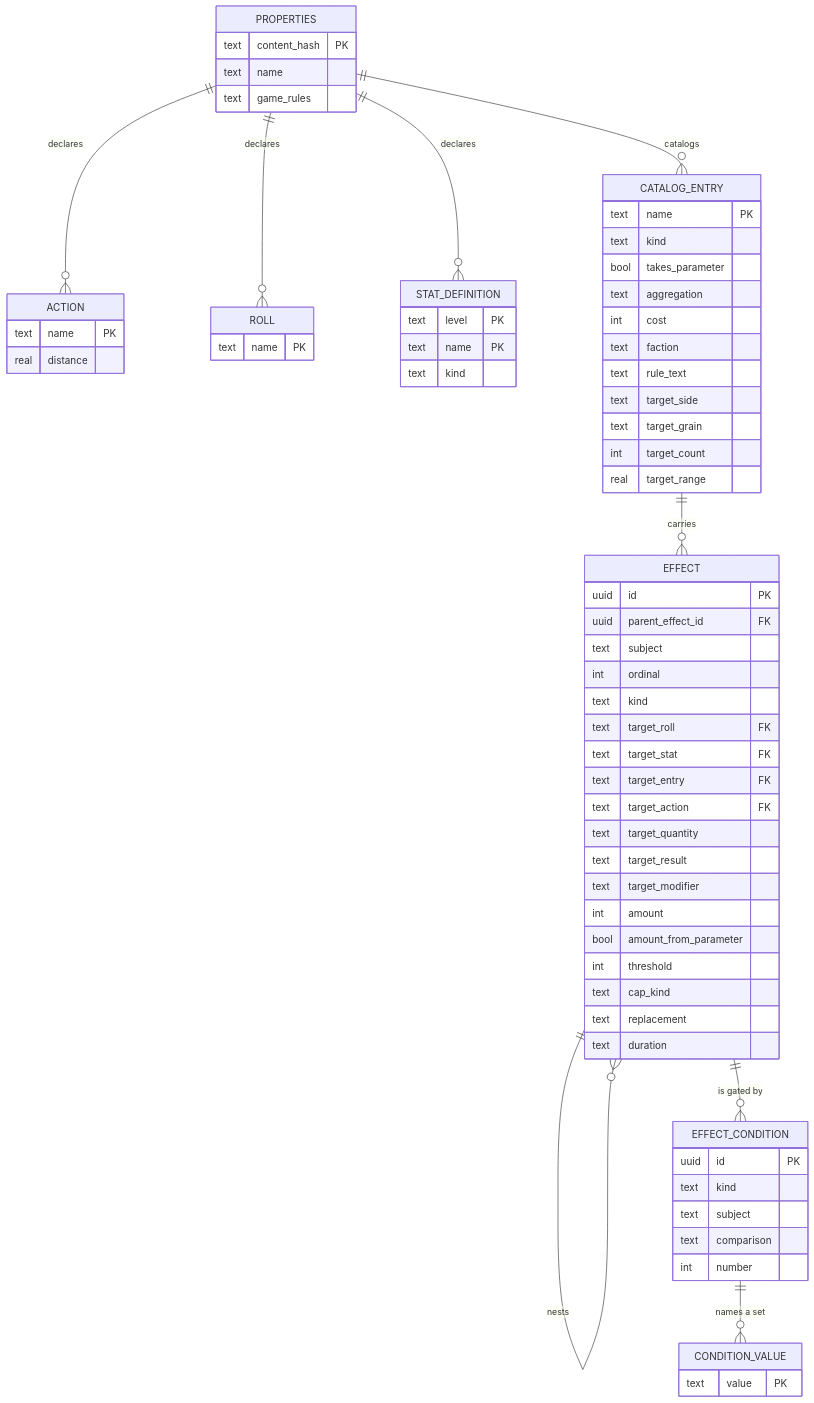
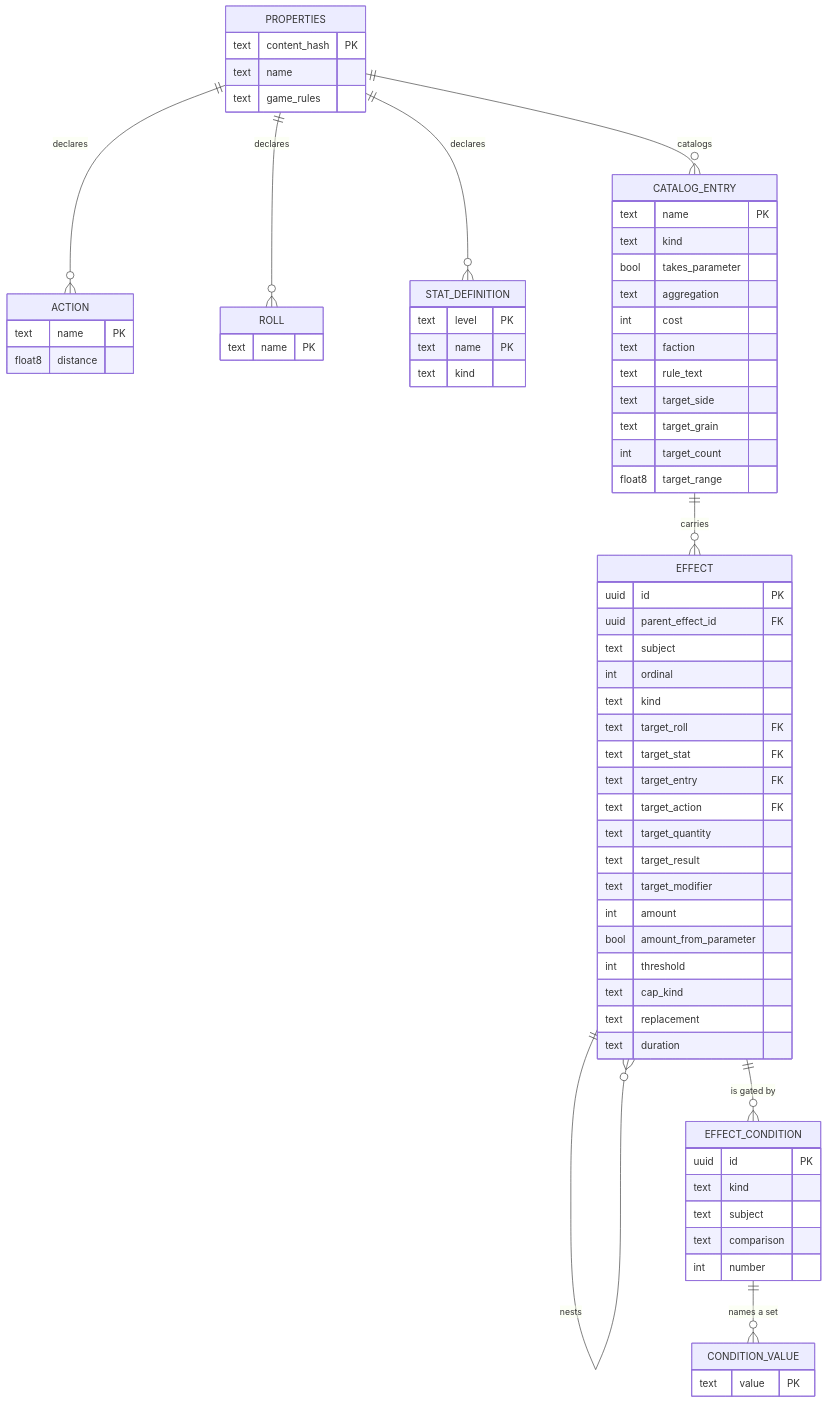
Before and after one commit to cstupi/tabletop: the second of 11 diagrams in docs/design/interpreter/design.md, drawn with Mermaid. The commit also changed 13 other files, not shown here.

Commit message:
Rule on the schema before step 2: shape column, double precision, FK indexes, search path

````diff
--- a/docs/design/interpreter/design.md
+++ b/docs/design/interpreter/design.md
@@ -152,71 +152,71 @@
 ```mermaid
 erDiagram
     PROPERTIES ||--o{ ACTION : declares
     PROPERTIES ||--o{ ROLL : declares
     PROPERTIES ||--o{ STAT_DEFINITION : declares
     PROPERTIES ||--o{ CATALOG_ENTRY : catalogs
     CATALOG_ENTRY ||--o{ EFFECT : carries
     EFFECT ||--o{ EFFECT : nests
     EFFECT ||--o{ EFFECT_CONDITION : "is gated by"
     EFFECT_CONDITION ||--o{ CONDITION_VALUE : "names a set"
     PROPERTIES {
         text content_hash PK
         text name
         text game_rules
     }
     ACTION {
         text name PK
-        real distance
+        float8 distance
     }
     ROLL {
         text name PK
     }
     STAT_DEFINITION {
         text level PK
         text name PK
         text kind
     }
     CATALOG_ENTRY {
         text name PK
         text kind
         bool takes_parameter
         text aggregation
         int cost
         text faction
         text rule_text
         text target_side
         text target_grain
         int target_count
-        real target_range
+        float8 target_range
     }
     EFFECT {
         uuid id PK
         uuid parent_effect_id FK
         text subject
         int ordinal
         text kind
         text target_roll FK
         text target_stat FK
         text target_entry FK
         text target_action FK
         text target_quantity
         text target_result
         text target_modifier
         int amount
         bool amount_from_parameter
         int threshold
         text cap_kind
         text replacement
         text duration
     }
     EFFECT_CONDITION {
         uuid id PK
         text kind
         text subject
         text comparison
         int number
     }
     CONDITION_VALUE {
         text value PK
     }
 ```
````
